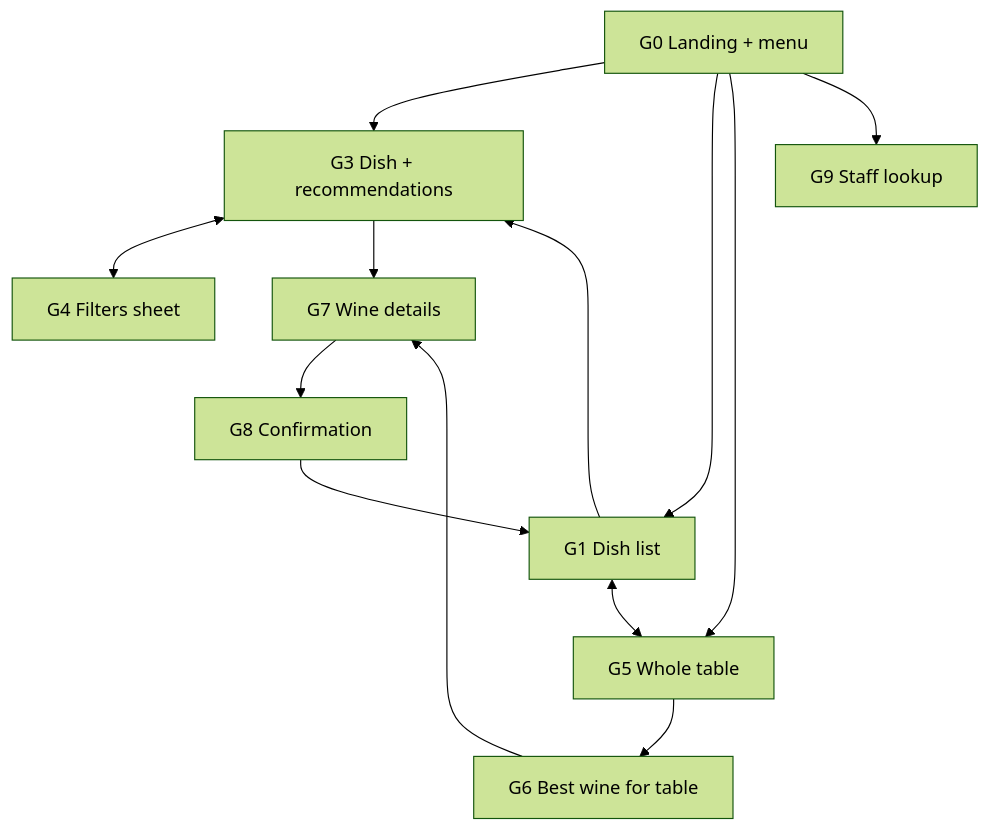
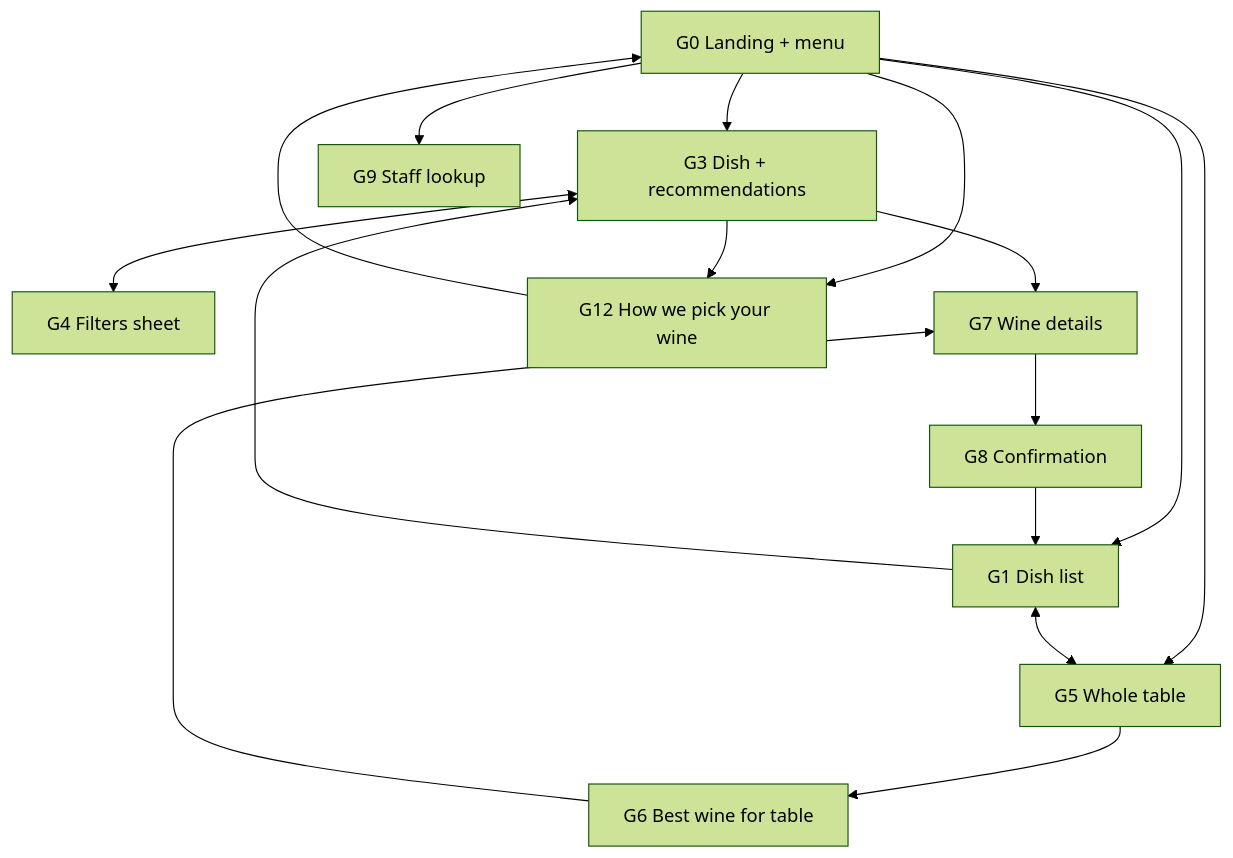
One commit to NiedzielX/wine changed the first of 2 diagrams in docs/SCREEN_MAP.md. Above: the diagram before and after it, drawn with Mermaid (forest theme). The commit also changed other lines of this file and 22 other files, not shown here.

First line of the commit message:
feat(guest): E07 F2 — explanations on G0, G1, G5, G6, G9 and the "How we pick your wine" page (G12)

````diff
--- a/docs/SCREEN_MAP.md
+++ b/docs/SCREEN_MAP.md
@@ -33,13 +34,16 @@
 ```mermaid
 flowchart TD
   G0[G0 Landing + menu] --> G3
   G0 --> G1[G1 Dish list]
   G0 --> G5[G5 Whole table]
   G0 --> G9[G9 Staff lookup]
   G1 <--> G5
   G1 --> G3[G3 Dish + recommendations]
   G3 <--> G4[G4 Filters sheet]
   G3 --> G7[G7 Wine details] --> G8[G8 Confirmation]
   G5 --> G6[G6 Best wine for table] --> G7
   G8 --> G1
+  G0 --> G12[G12 How we pick your wine]
+  G3 --> G12
+  G12 --> G0
 ```
````
